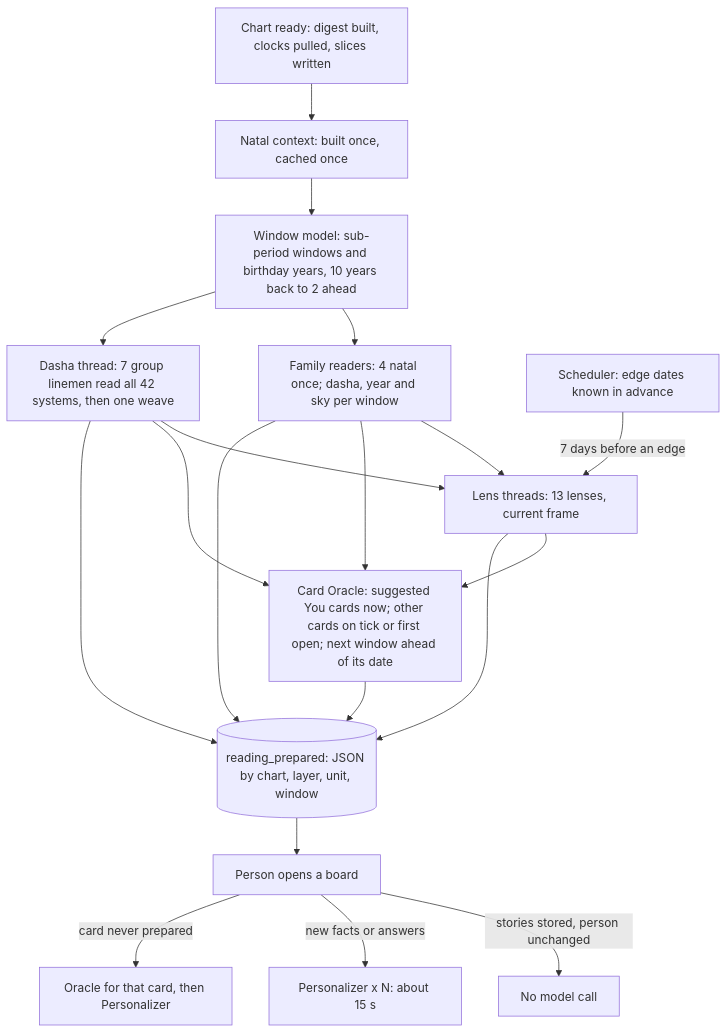
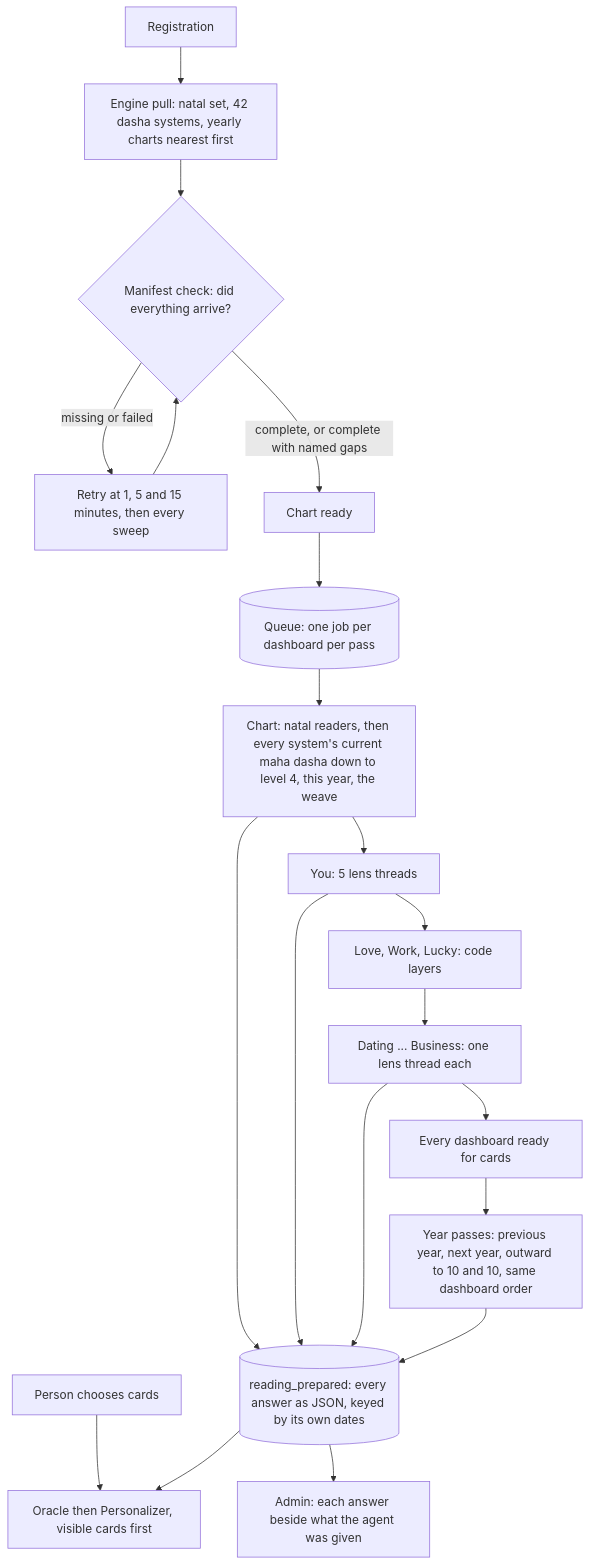
Before and after one commit to sachinm/AIAstraServer: the second of 2 diagrams in docs/techniques/11-reading-prepared-ahead.md, drawn with Mermaid. The commit also changed other lines of this file and 1 other file, not shown here.

First line of the commit message:
docs(techniques): plan 11 rev 2, one status from registration, a dashboard queue, the current maha dasha first

````diff
--- a/docs/techniques/11-reading-prepared-ahead.md
+++ b/docs/techniques/11-reading-prepared-ahead.md
@@ -119,21 +153,21 @@
 ```mermaid
 flowchart TD
-  S[Chart ready: digest built, clocks pulled, slices written] --> P0[Natal context: built once, cached once]
-  P0 --> W[Window model: sub-period windows and birthday years, 10 years back to 2 ahead]
-  W --> F[Family readers: 4 natal once; dasha, year and sky per window]
-  W --> N[Dasha thread: 7 group linemen read all 42 systems, then one weave]
-  F --> L[Lens threads: 13 lenses, current frame]
-  N --> L
-  L --> O[Card Oracle: suggested You cards now; other cards on tick or first open; next window ahead of its date]
-  F --> O
-  N --> O
-  O --> ST[(reading_prepared: JSON by chart, layer, unit, window)]
-  F --> ST
-  N --> ST
-  L --> ST
-  ST --> OPEN[Person opens a board]
-  OPEN -->|stories stored, person unchanged| Z0[No model call]
-  OPEN -->|new facts or answers| PZ[Personalizer x N: about 15 s]
-  OPEN -->|card never prepared| O2[Oracle for that card, then Personalizer]
-  SCH[Scheduler: edge dates known in advance] -->|7 days before an edge| L
+  R[Registration] --> P[Engine pull: natal set, 42 dasha systems, yearly charts nearest first]
+  P --> M{Manifest check: did everything arrive?}
+  M -->|missing or failed| RT[Retry at 1, 5 and 15 minutes, then every sweep] --> M
+  M -->|complete, or complete with named gaps| CR[Chart ready]
+  CR --> Q[(Queue: one job per dashboard per pass)]
+  Q --> J0[Chart: natal readers, then every system's current maha dasha down to level 4, this year, the weave]
+  J0 --> J1[You: 5 lens threads]
+  J1 --> J2[Love, Work, Lucky: code layers]
+  J2 --> J3[Dating ... Business: one lens thread each]
+  J3 --> RDY[Every dashboard ready for cards]
+  RDY --> Y[Year passes: previous year, next year, outward to 10 and 10, same dashboard order]
+  PICK[Person chooses cards] --> O[Oracle then Personalizer, visible cards first]
+  J0 --> ST[(reading_prepared: every answer as JSON, keyed by its own dates)]
+  J1 --> ST
+  J3 --> ST
+  Y --> ST
+  ST --> O
+  ST --> REV[Admin: each answer beside what the agent was given]
 ```
````
